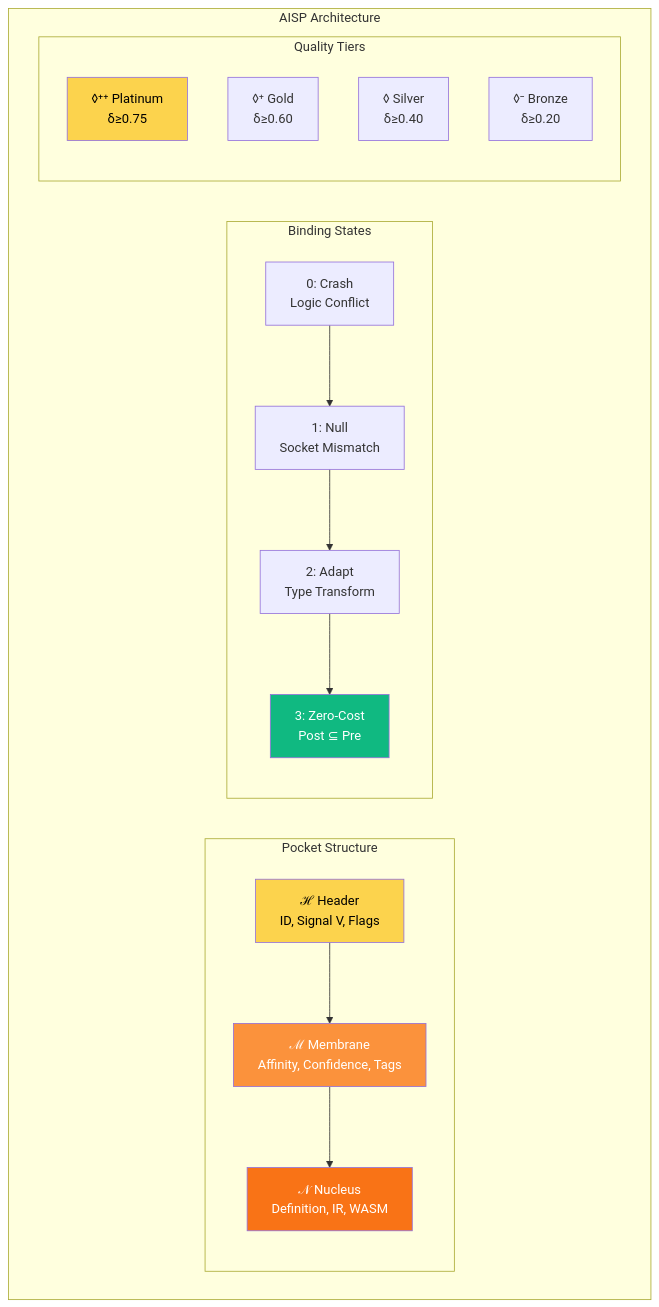
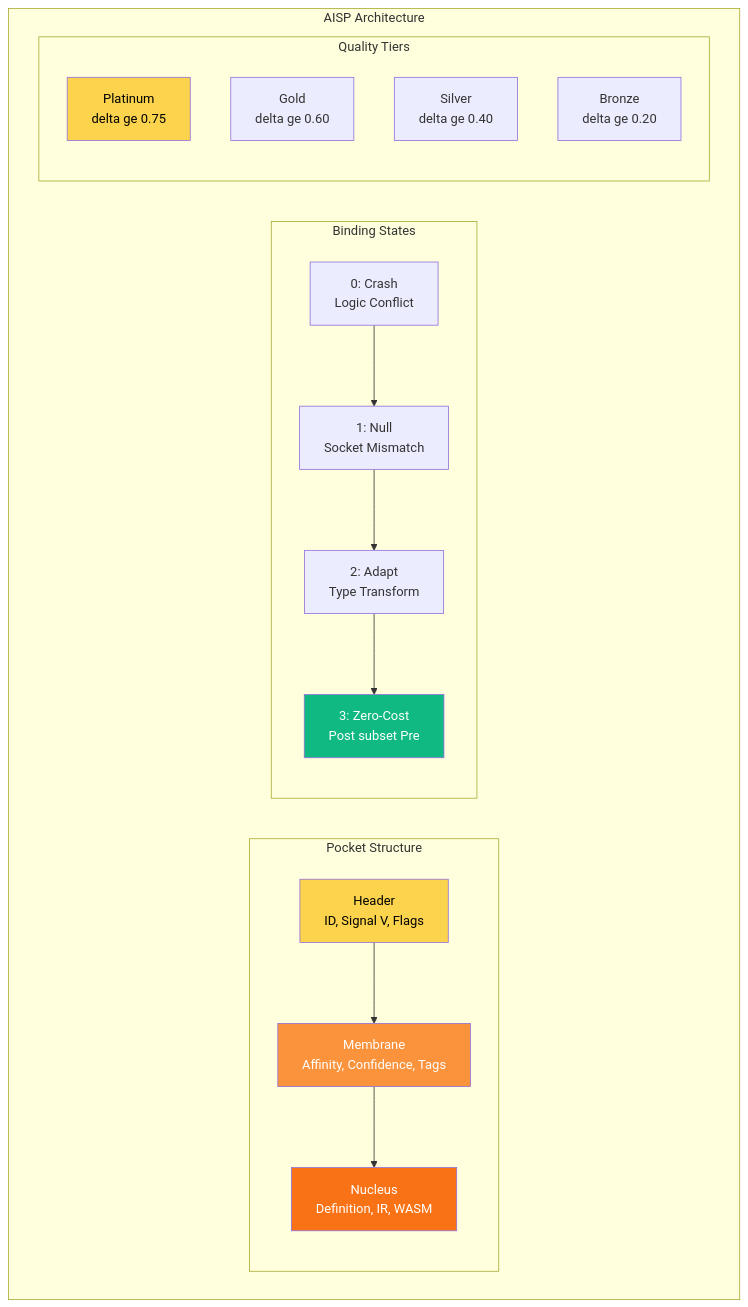
One commit to DreamLab-AI/agentbox changed the fourth of 9 diagrams in README.md. Above: the diagram before and after it, drawn with Mermaid. The commit also changed other lines of this file and 5 other files, not shown here.

````diff
--- a/README.md
+++ b/README.md
@@ -204,33 +347,33 @@
 ```mermaid
 graph TB
     subgraph "AISP Architecture"
         subgraph "Pocket Structure"
-            H[ℋ Header<br/>ID, Signal V, Flags]
-            M[ℳ Membrane<br/>Affinity, Confidence, Tags]
-            N[𝒩 Nucleus<br/>Definition, IR, WASM]
+            H[Header<br/>ID, Signal V, Flags]
+            M[Membrane<br/>Affinity, Confidence, Tags]
+            N[Nucleus<br/>Definition, IR, WASM]
         end
 
         subgraph "Binding States"
             B0[0: Crash<br/>Logic Conflict]
             B1[1: Null<br/>Socket Mismatch]
             B2[2: Adapt<br/>Type Transform]
-            B3[3: Zero-Cost<br/>Post ⊆ Pre]
+            B3[3: Zero-Cost<br/>Post subset Pre]
         end
 
         subgraph "Quality Tiers"
-            T1[◊⁺⁺ Platinum<br/>δ≥0.75]
-            T2[◊⁺ Gold<br/>δ≥0.60]
-            T3[◊ Silver<br/>δ≥0.40]
-            T4[◊⁻ Bronze<br/>δ≥0.20]
+            T1[Platinum<br/>delta ge 0.75]
+            T2[Gold<br/>delta ge 0.60]
+            T3[Silver<br/>delta ge 0.40]
+            T4[Bronze<br/>delta ge 0.20]
         end
     end
 
     H --> M --> N
     B0 --> B1 --> B2 --> B3
 
     style H fill:#fcd34d,color:#000
     style M fill:#fb923c,color:#fff
     style N fill:#f97316,color:#fff
     style B3 fill:#10b981,color:#fff
     style T1 fill:#fcd34d,color:#000
 ```
````
